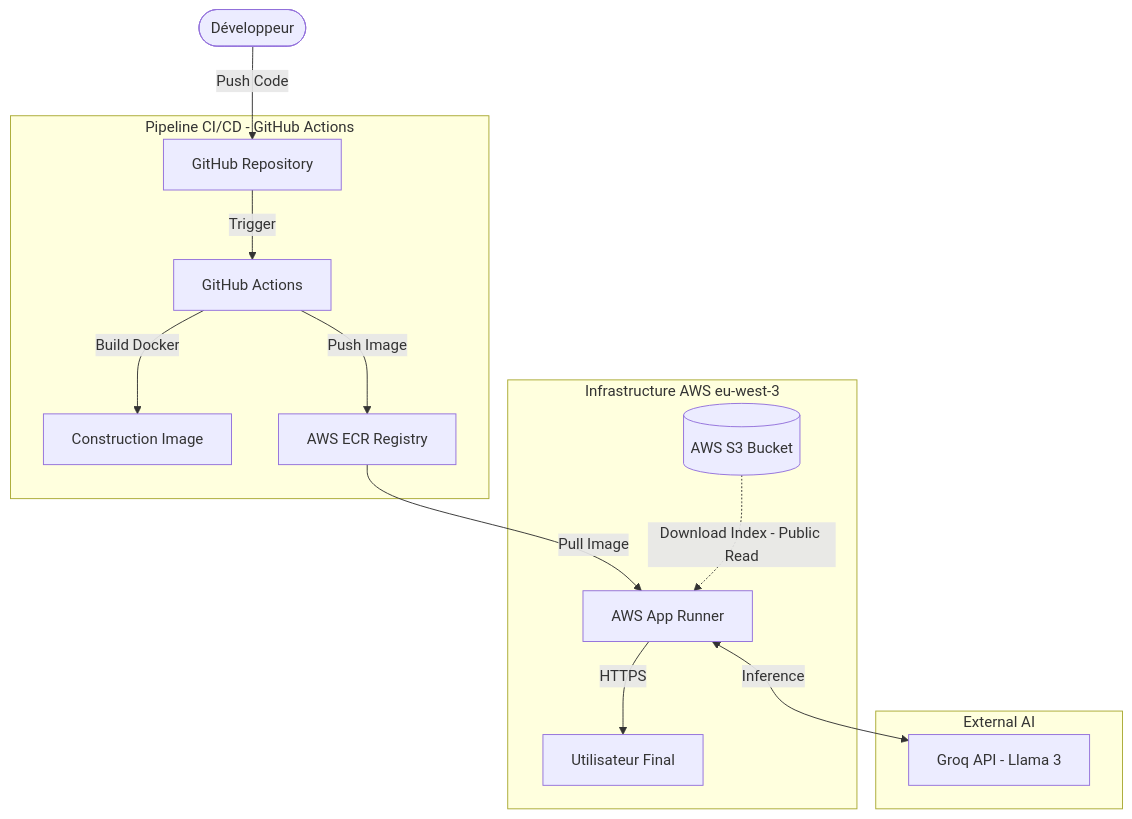
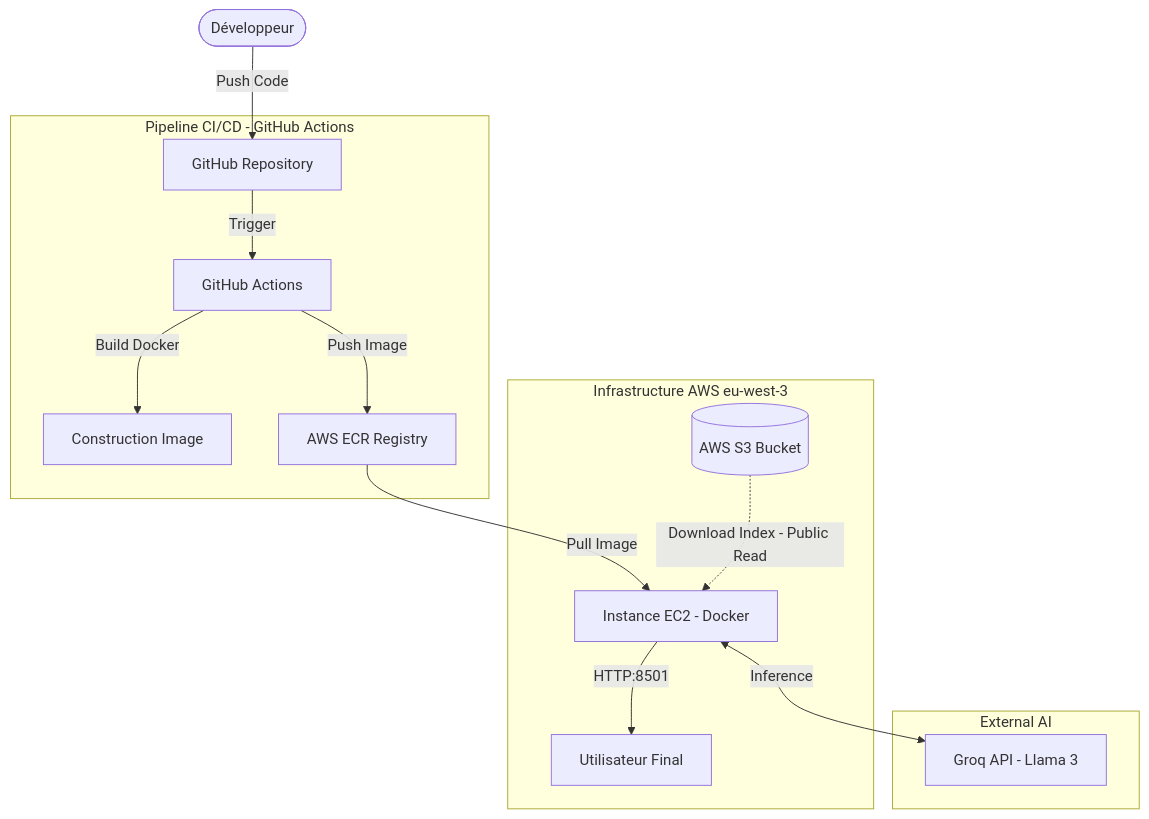
The diagram in README.md (Amik24/mlops-rag-chatbot), drawn with Mermaid before and after one commit. The commit also changed other lines of this file, not shown here.

First line of the commit message:
Revise README for AWS EC2 deployment and CI/CD updates

````diff
--- a/README.md
+++ b/README.md
@@ -22,20 +22,20 @@
 ```mermaid
 flowchart TD
     User([Développeur]) -->|Push Code| GitHub[GitHub Repository]
     
     subgraph CI_CD [Pipeline CI/CD - GitHub Actions]
         GitHub -->|Trigger| Actions[GitHub Actions]
         Actions -->|Build Docker| Docker[Construction Image]
         Actions -->|Push Image| ECR[AWS ECR Registry]
     end
     
     subgraph AWS_Cloud [Infrastructure AWS eu-west-3]
-        ECR -->|Pull Image| AppRunner[AWS App Runner]
-        S3[(AWS S3 Bucket)] -.->|Download Index - Public Read| AppRunner
-        AppRunner -->|HTTPS| Web[Utilisateur Final]
+        ECR -->|Pull Image| EC2[Instance EC2 - Docker]
+        S3[(AWS S3 Bucket)] -.->|Download Index - Public Read| EC2
+        EC2 -->|HTTP:8501| Web[Utilisateur Final]
     end
     
     subgraph AI_Services [External AI]
-        AppRunner <-->|Inference| Groq[Groq API - Llama 3]
+        EC2 <-->|Inference| Groq[Groq API - Llama 3]
     end
 ```
````
